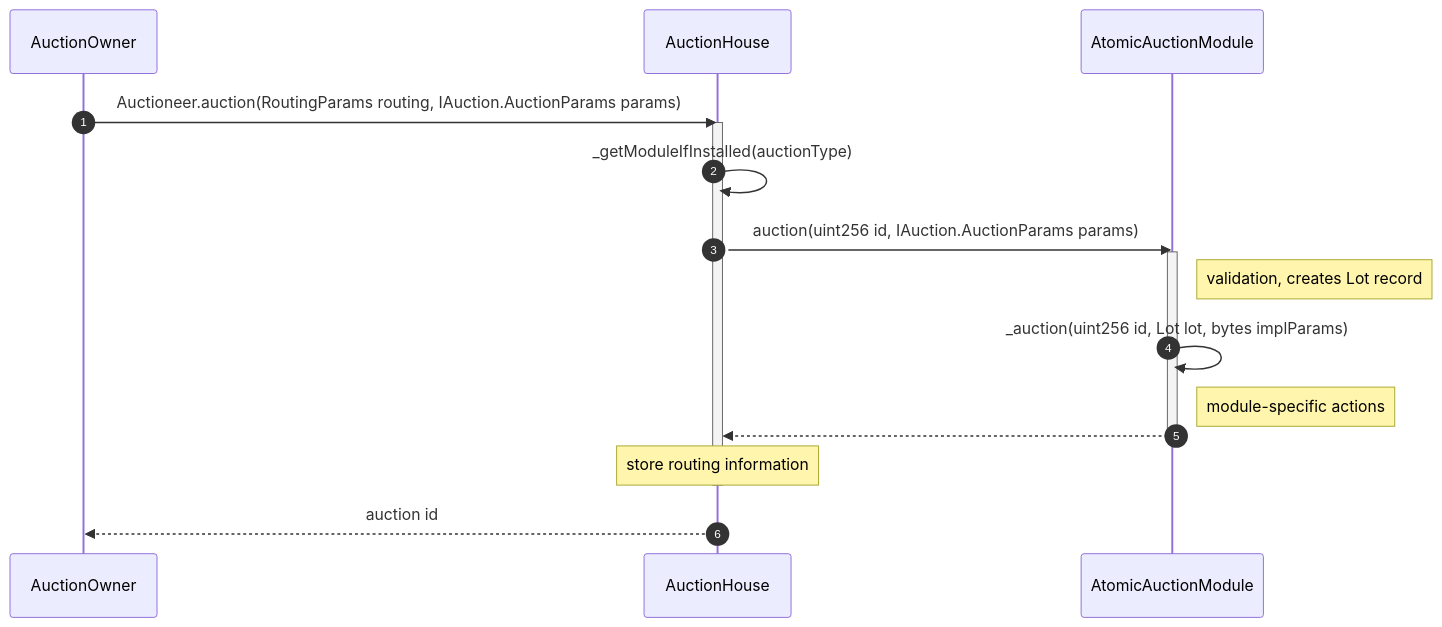
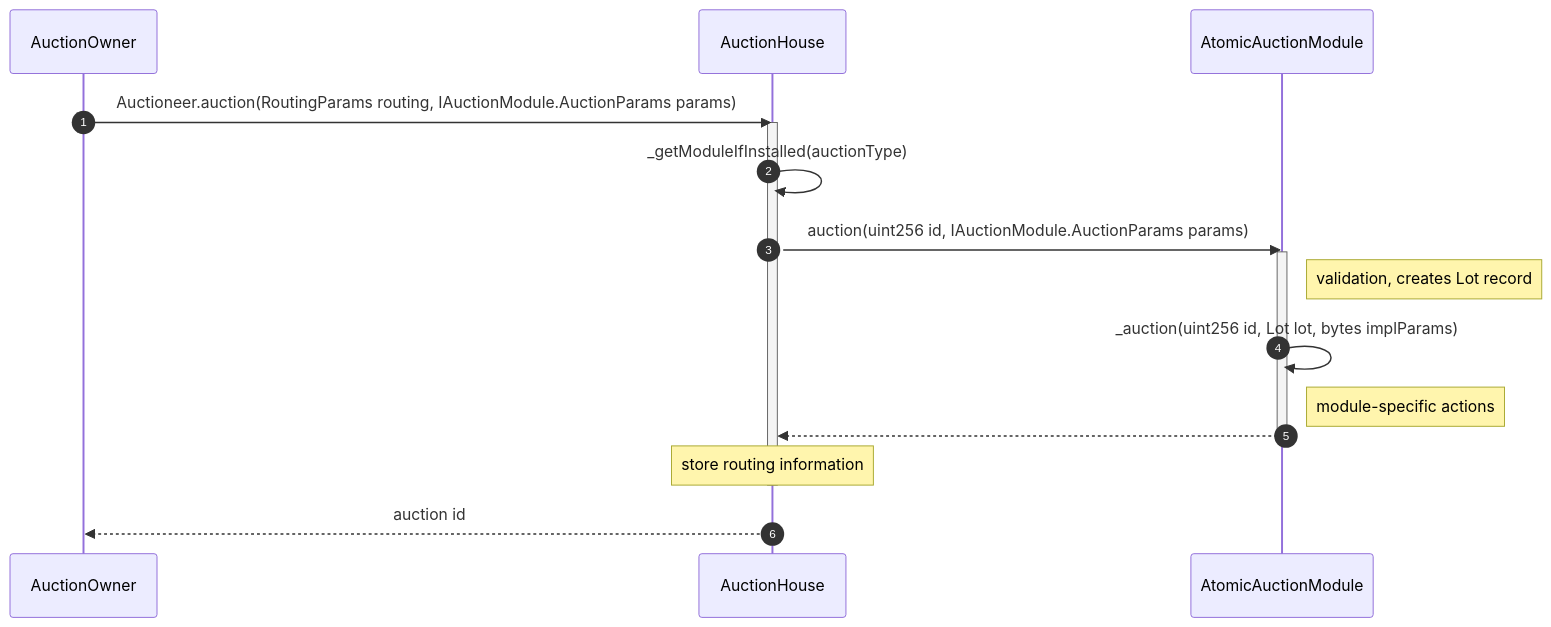
The second of 8 diagrams in design/ARCHITECTURE.md (Axis-Fi/axis-core), drawn with Mermaid before and after one commit. The commit also changed other lines of this file and 37 other files, not shown here.

Commit message:
Rename IAuction -> IAuctionModule

````diff
--- a/design/ARCHITECTURE.md
+++ b/design/ARCHITECTURE.md
@@ -217,25 +217,25 @@
 ```mermaid
 sequenceDiagram
   autoNumber
   participant AuctionOwner
   participant AuctionHouse
   participant AtomicAuctionModule
 
-  AuctionOwner->>AuctionHouse: Auctioneer.auction(RoutingParams routing, IAuction.AuctionParams params)
+  AuctionOwner->>AuctionHouse: Auctioneer.auction(RoutingParams routing, IAuctionModule.AuctionParams params)
   activate AuctionHouse
     AuctionHouse->>AuctionHouse: _getModuleIfInstalled(auctionType)
 
-    AuctionHouse->>AtomicAuctionModule: auction(uint256 id, IAuction.AuctionParams params)
+    AuctionHouse->>AtomicAuctionModule: auction(uint256 id, IAuctionModule.AuctionParams params)
     activate AtomicAuctionModule
       Note right of AtomicAuctionModule: validation, creates Lot record
       AtomicAuctionModule->>AtomicAuctionModule: _auction(uint256 id, Lot lot, bytes implParams)
       Note right of AtomicAuctionModule: module-specific actions
 
       AtomicAuctionModule-->>AuctionHouse:
     deactivate AtomicAuctionModule
 
     Note over AuctionHouse: store routing information
   deactivate AuctionHouse
 
   AuctionHouse-->>AuctionOwner: auction id
 ```
````
